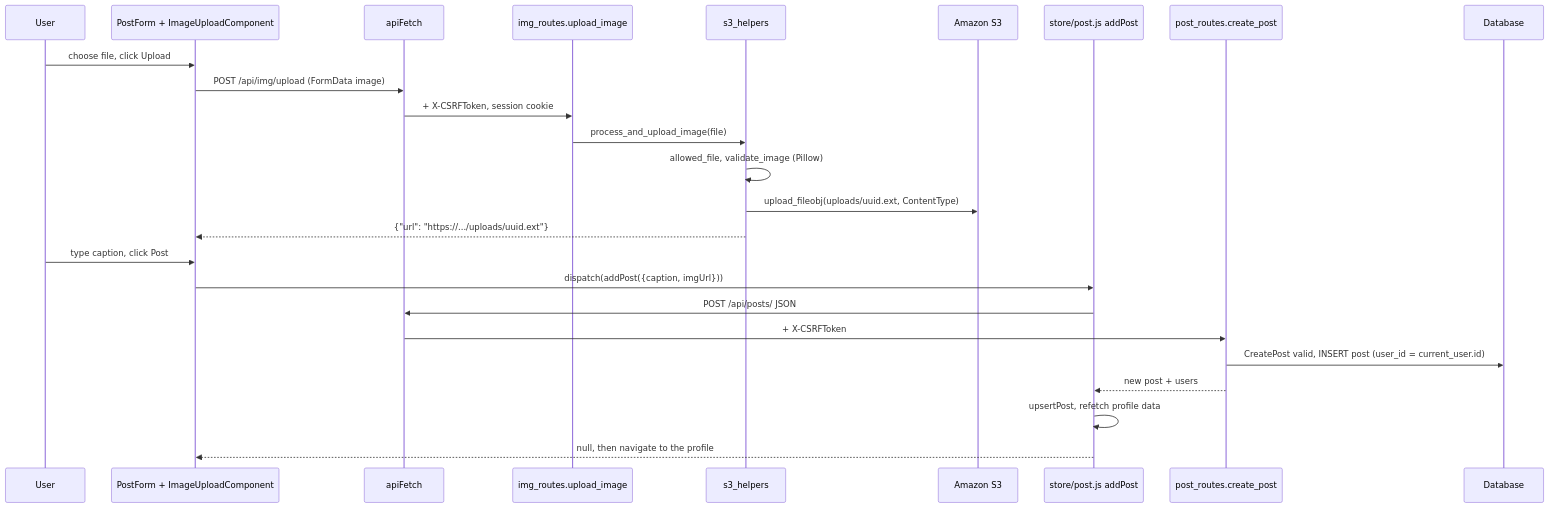
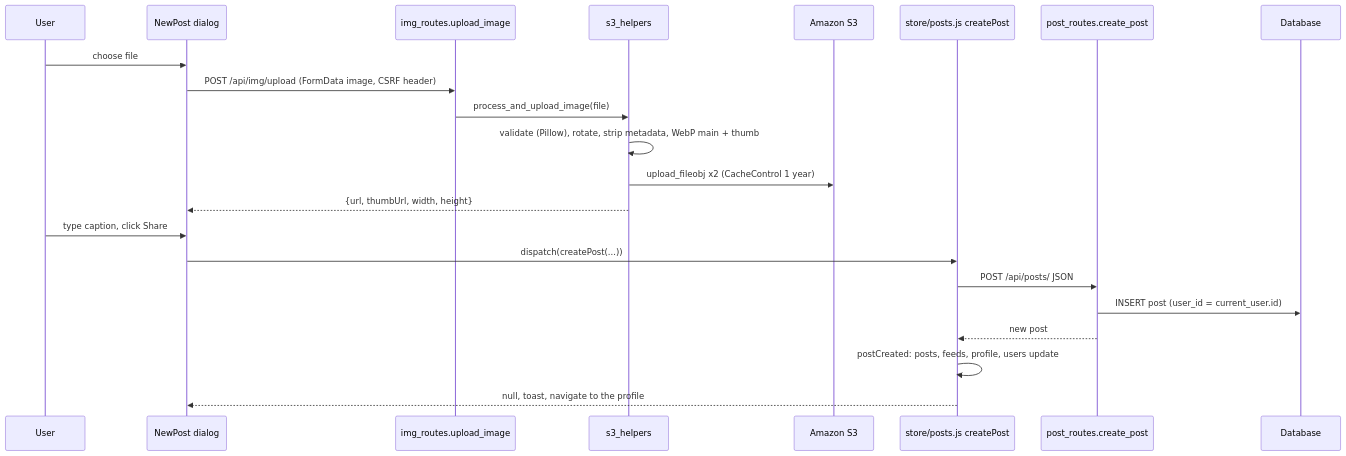
One commit to tyler-tor/PostPix changed the fourth of 4 diagrams in docs/WALKTHROUGH.md. Above: the diagram before and after it, drawn with Mermaid. The commit also changed other lines of this file and 1 other file, not shown here.

````diff
--- a/docs/WALKTHROUGH.md
+++ b/docs/WALKTHROUGH.md
@@ -838,27 +855,24 @@
 ```mermaid
 sequenceDiagram
     participant U as User
-    participant PF as PostForm + ImageUploadComponent
-    participant AF as apiFetch
+    participant NP as NewPost dialog
     participant IR as img_routes.upload_image
     participant S3H as s3_helpers
     participant S3 as Amazon S3
-    participant ST as store/post.js addPost
+    participant ST as store/posts.js createPost
     participant PR as post_routes.create_post
     participant DB as Database
-    U->>PF: choose file, click Upload
-    PF->>AF: POST /api/img/upload (FormData image)
-    AF->>IR: + X-CSRFToken, session cookie
+    U->>NP: choose file
+    NP->>IR: POST /api/img/upload (FormData image, CSRF header)
     IR->>S3H: process_and_upload_image(file)
-    S3H->>S3H: allowed_file, validate_image (Pillow)
-    S3H->>S3: upload_fileobj(uploads/uuid.ext, ContentType)
-    S3H-->>PF: {"url": "https://.../uploads/uuid.ext"}
-    U->>PF: type caption, click Post
-    PF->>ST: dispatch(addPost({caption, imgUrl}))
-    ST->>AF: POST /api/posts/ JSON
-    AF->>PR: + X-CSRFToken
-    PR->>DB: CreatePost valid, INSERT post (user_id = current_user.id)
-    PR-->>ST: new post + users
-    ST->>ST: upsertPost, refetch profile data
-    ST-->>PF: null, then navigate to the profile
+    S3H->>S3H: validate (Pillow), rotate, strip metadata, WebP main + thumb
+    S3H->>S3: upload_fileobj x2 (CacheControl 1 year)
+    S3H-->>NP: {url, thumbUrl, width, height}
+    U->>NP: type caption, click Share
+    NP->>ST: dispatch(createPost(...))
+    ST->>PR: POST /api/posts/ JSON
+    PR->>DB: INSERT post (user_id = current_user.id)
+    PR-->>ST: new post
+    ST->>ST: postCreated: posts, feeds, profile, users update
+    ST-->>NP: null, toast, navigate to the profile
 ```
````
